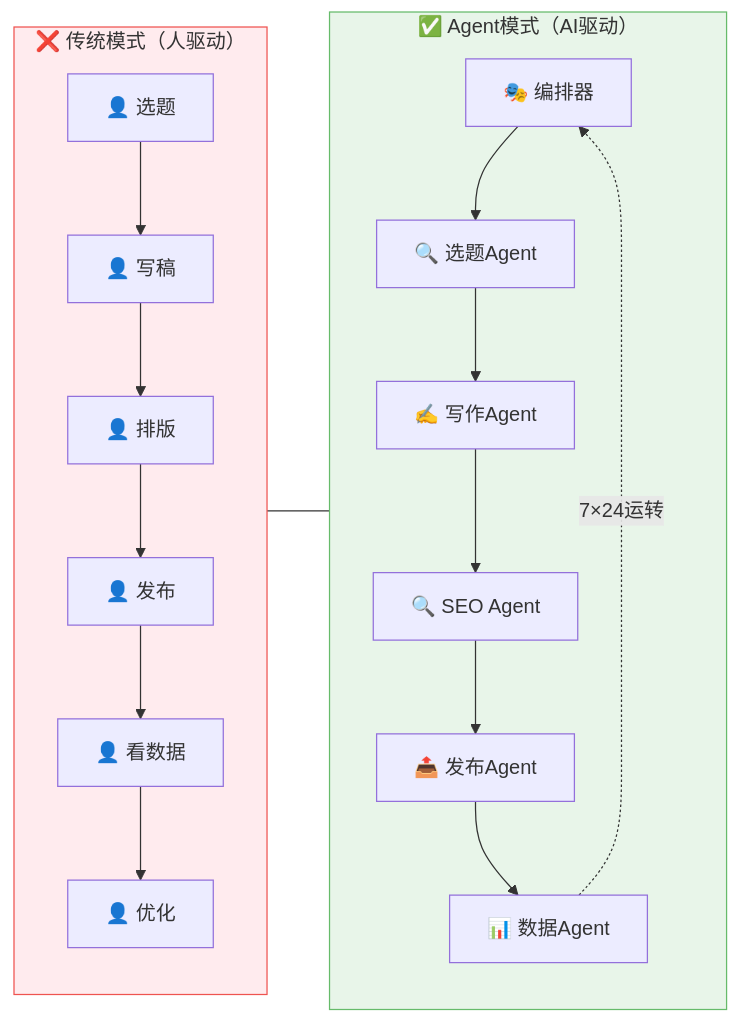
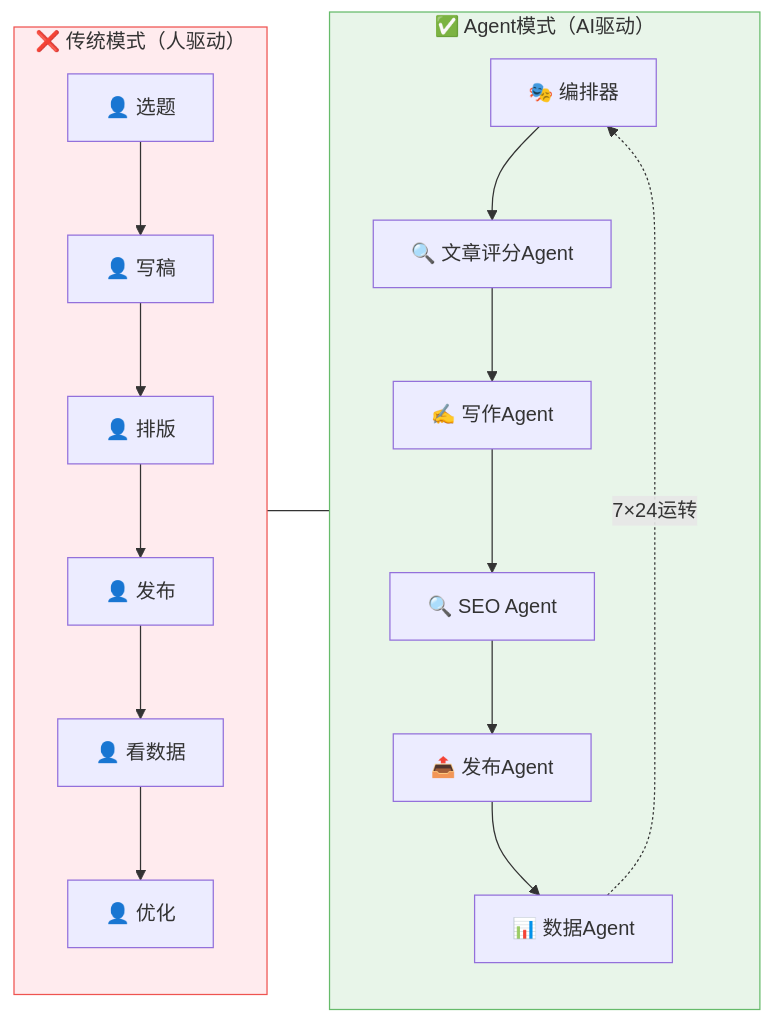
The first of 4 diagrams in 00-方案概述.md (flyingsnowzz/Multi-Agent-Automatic-Operation-Website), drawn with Mermaid before and after one commit. The commit also changed other lines of this file and 4 other files, not shown here.

````diff
--- a/00-方案概述.md
+++ b/00-方案概述.md
@@ -13,19 +13,19 @@
 ```mermaid
 flowchart LR
     subgraph TRADITIONAL["❌ 传统模式（人驱动）"]
         T1["👤 选题"] --> T2["👤 写稿"] --> T3["👤 排版"] --> T4["👤 发布"] --> T5["👤 看数据"] --> T6["👤 优化"]
     end
 
     subgraph AGENT["✅ Agent模式（AI驱动）"]
-        A1["🎭 编排器"] --> A2["🔍 选题Agent"]
+        A1["🎭 编排器"] --> A2["🔍 文章评分Agent"]
         A2 --> A3["✍️ 写作Agent"]
         A3 --> A4["🔍 SEO Agent"]
         A4 --> A5["📤 发布Agent"]
         A5 --> A6["📊 数据Agent"]
         A6 -. "7×24运转" .-> A1
     end
 
     TRADITIONAL --- AGENT
     style TRADITIONAL fill:#ffebee,stroke:#ef5350
     style AGENT fill:#e8f5e9,stroke:#66bb6a
 ```
````
